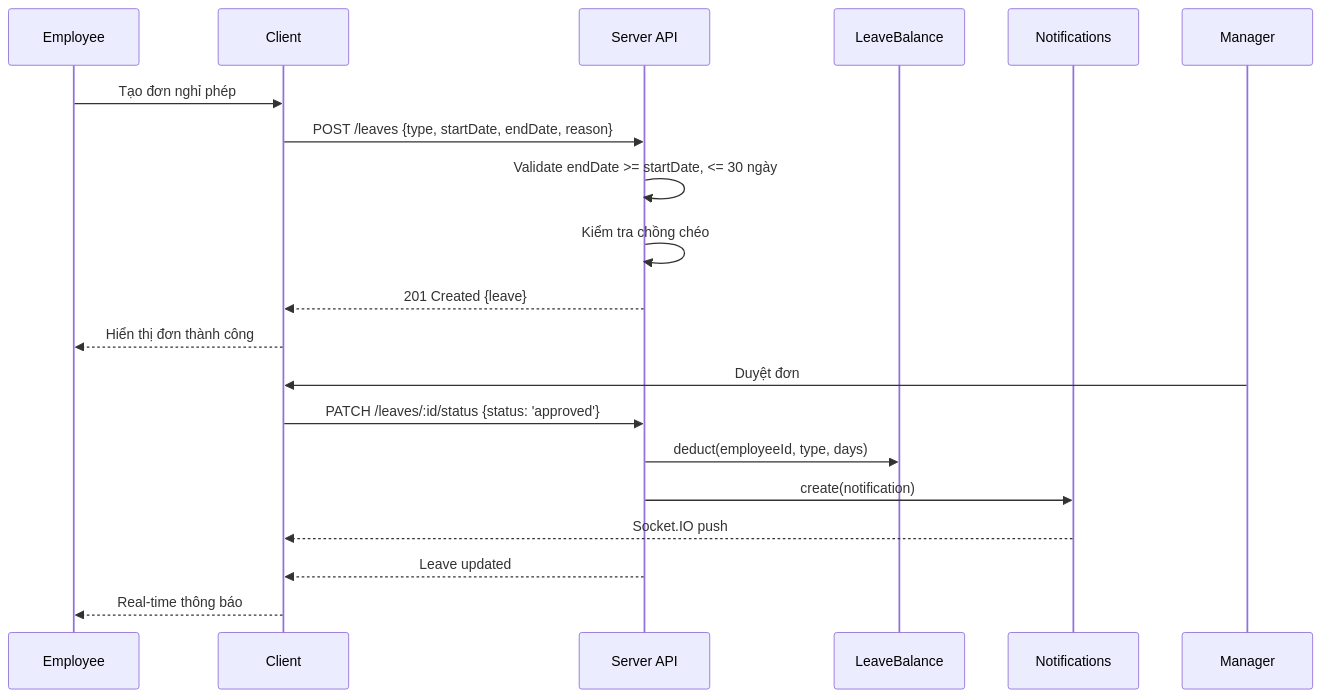
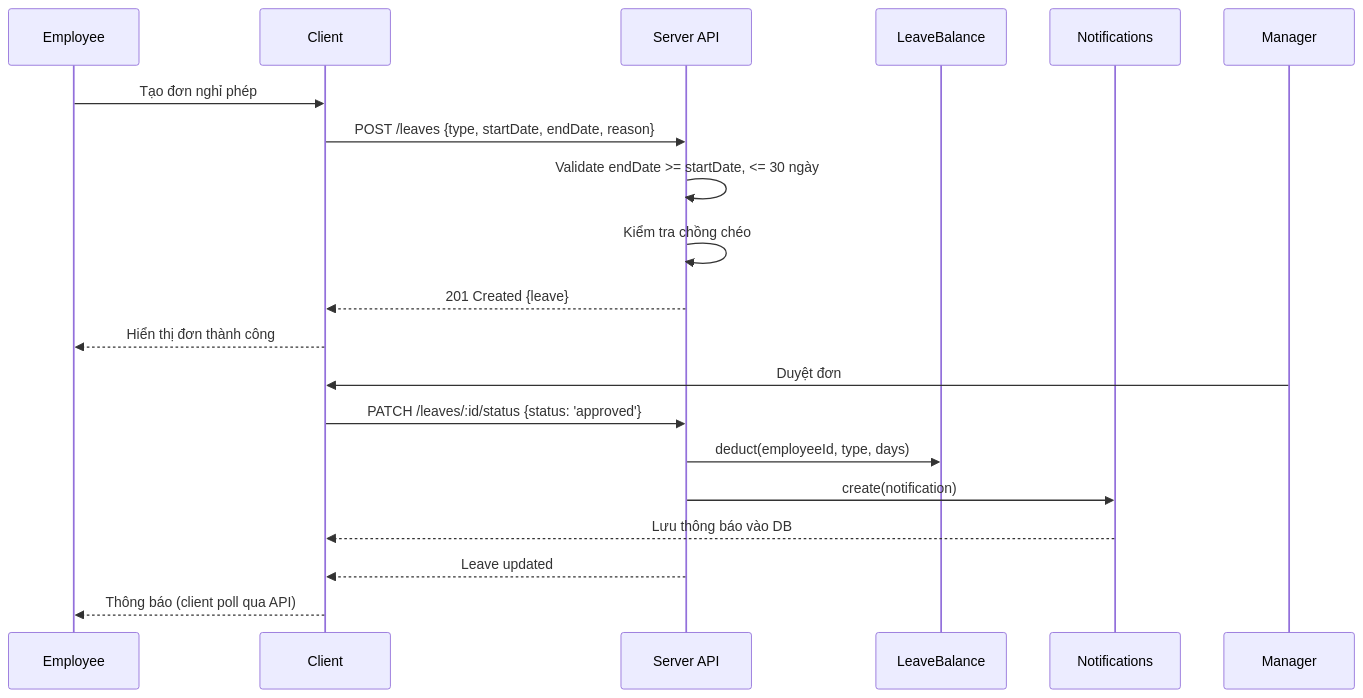
The fourth of 7 diagrams in docs/SRS.md (nghiaxh/hr-management), drawn with Mermaid before and after one commit. The commit also changed other lines of this file and 8 other files, not shown here.

````diff
--- a/docs/SRS.md
+++ b/docs/SRS.md
@@ -799,21 +810,21 @@
 ```mermaid
 sequenceDiagram
     participant E as Employee
     participant UI as Client
     participant API as Server API
     participant LB as LeaveBalance
     participant NOT as Notifications
     E->>UI: Tạo đơn nghỉ phép
     UI->>API: POST /leaves {type, startDate, endDate, reason}
     API->>API: Validate endDate >= startDate, <= 30 ngày
     API->>API: Kiểm tra chồng chéo
     API-->>UI: 201 Created {leave}
     UI-->>E: Hiển thị đơn thành công
     Manager->>UI: Duyệt đơn
     UI->>API: PATCH /leaves/:id/status {status: 'approved'}
     API->>LB: deduct(employeeId, type, days)
     API->>NOT: create(notification)
-    NOT-->>UI: Socket.IO push
+    NOT-->>UI: Lưu thông báo vào DB
     API-->>UI: Leave updated
-    UI-->>E: Real-time thông báo
+    UI-->>E: Thông báo (client poll qua API)
 ```
````
